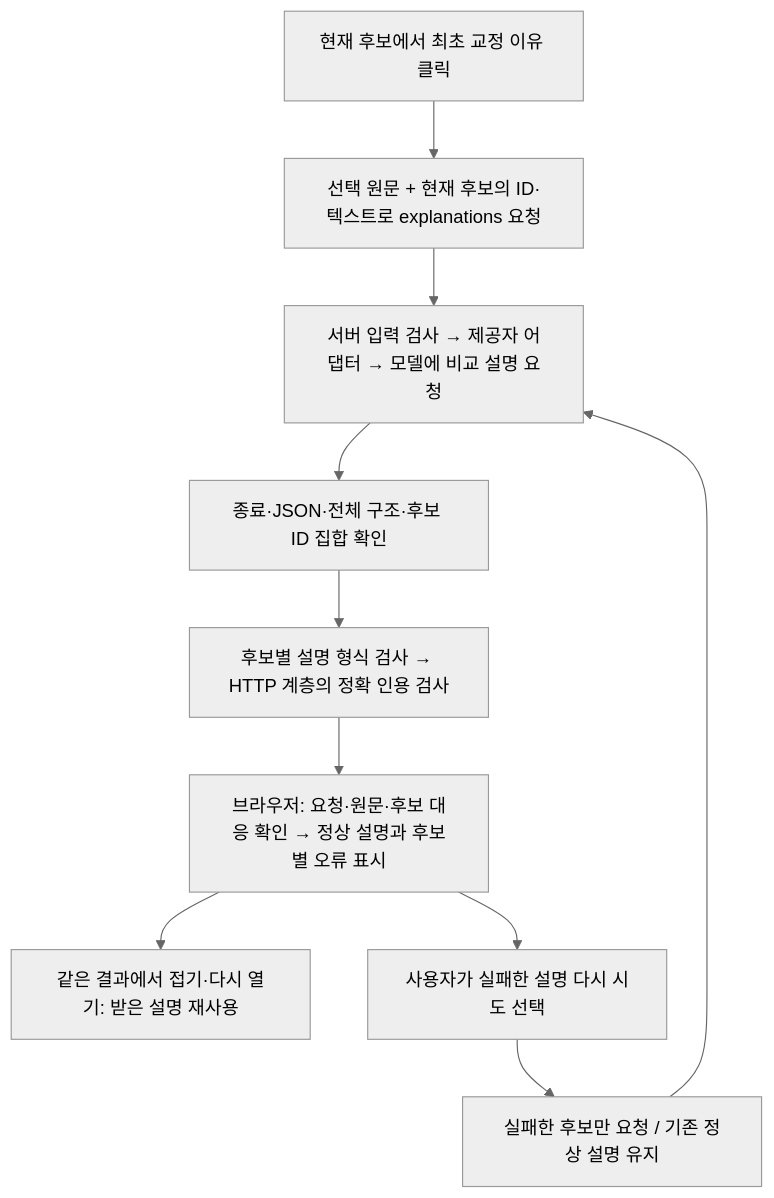
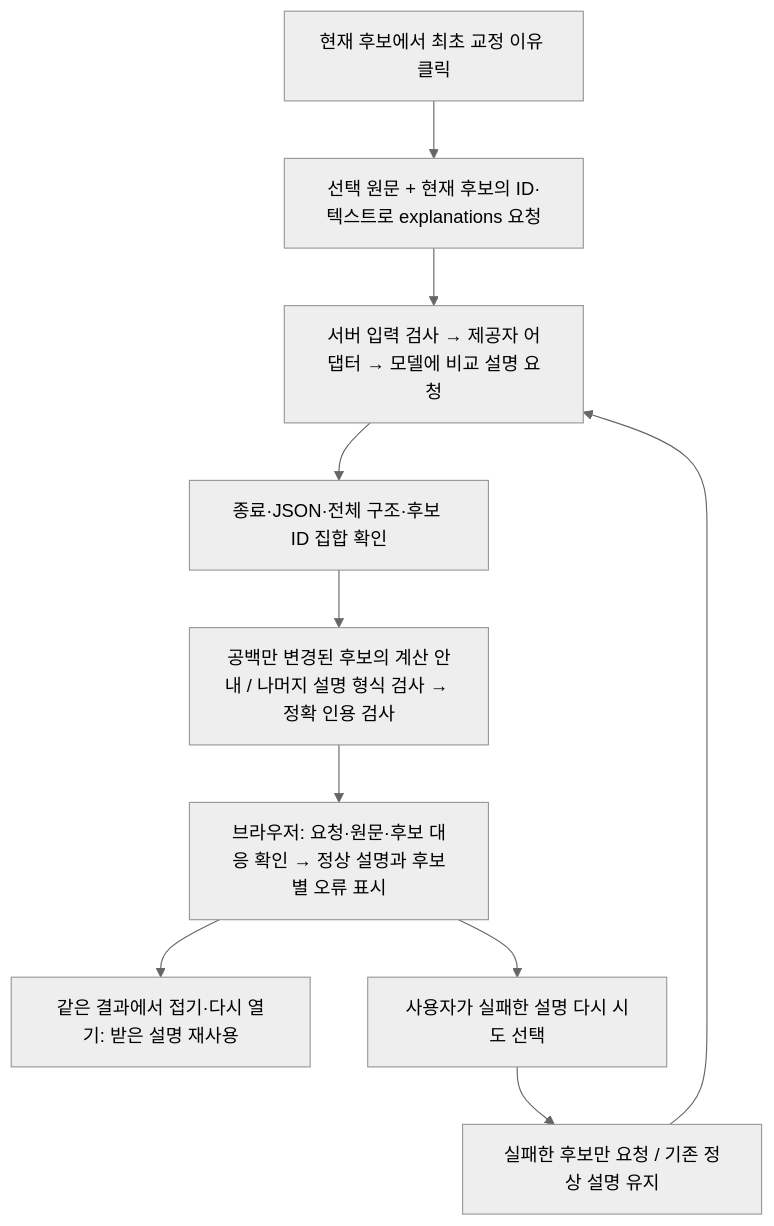
Before and after one commit to dhwjdgh1122/writing-demo: the second of 2 diagrams in docs/ARCHITECTURE.md, drawn with Mermaid (neutral theme). The commit also changed other lines of this file and 23 other files, not shown here.

````diff
--- a/docs/ARCHITECTURE.md
+++ b/docs/ARCHITECTURE.md
@@ -48,12 +48,12 @@
 ```mermaid
 flowchart TD
     A["현재 후보에서 최초 교정 이유 클릭"] --> B["선택 원문 + 현재 후보의 ID·텍스트로 explanations 요청"]
     B --> C["서버 입력 검사 → 제공자 어댑터 → 모델에 비교 설명 요청"]
     C --> D["종료·JSON·전체 구조·후보 ID 집합 확인"]
-    D --> E["후보별 설명 형식 검사 → HTTP 계층의 정확 인용 검사"]
+    D --> E["공백만 변경된 후보의 계산 안내 / 나머지 설명 형식 검사 → 정확 인용 검사"]
     E --> F["브라우저: 요청·원문·후보 대응 확인 → 정상 설명과 후보별 오류 표시"]
     F --> G["같은 결과에서 접기·다시 열기: 받은 설명 재사용"]
     F --> H["사용자가 실패한 설명 다시 시도 선택"]
     H --> I["실패한 후보만 요청 / 기존 정상 설명 유지"]
     I --> C
 ```
````
